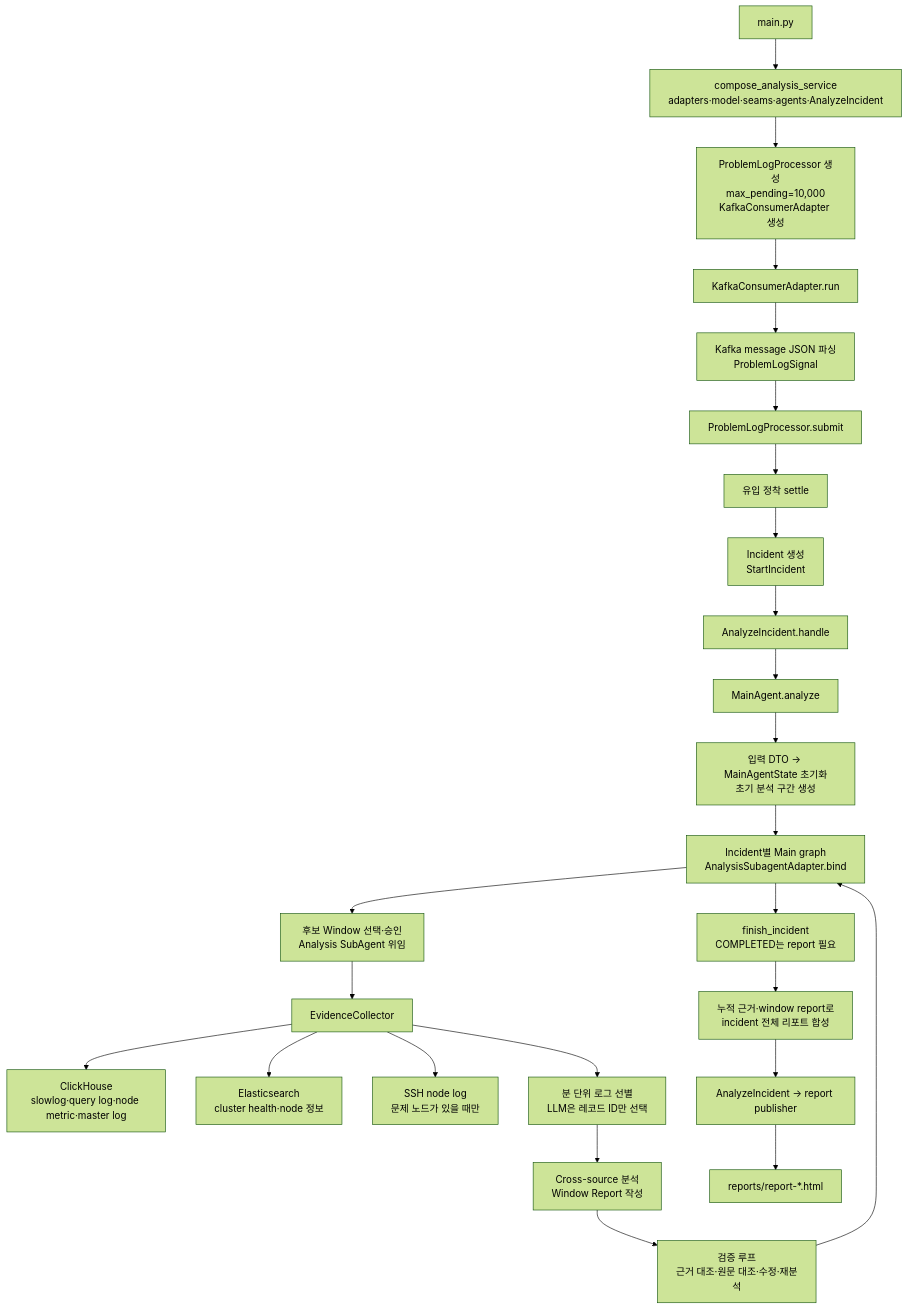
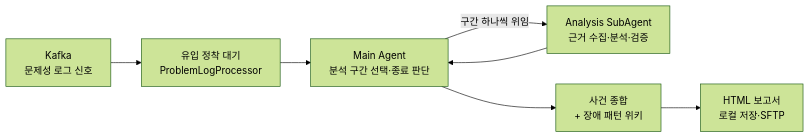
Before and after one commit to BaektotheFuture98/ClusterDoctor: the diagram in README.md, drawn with Mermaid (forest theme). The commit also changed other lines of this file, not shown here.

````diff
--- a/README.md
+++ b/README.md
@@ -374,27 +53,9 @@
 ```mermaid
-flowchart TD
-    A[main.py] --> AC[compose_analysis_service<br/>adapters·model·seams·agents·AnalyzeIncident]
-    AC --> B[ProblemLogProcessor 생성<br/>max_pending=10,000<br/>KafkaConsumerAdapter 생성]
-    B --> C[KafkaConsumerAdapter.run]
-    C --> D[Kafka message JSON 파싱<br/>ProblemLogSignal]
-    D --> E[ProblemLogProcessor.submit]
-    E --> F[유입 정착 settle]
-    F --> G[Incident 생성<br/>StartIncident]
-    G --> H[AnalyzeIncident.handle]
-    H --> J[MainAgent.analyze]
-    J --> I[입력 DTO → MainAgentState 초기화<br/>초기 분석 구간 생성]
-    I --> K[Incident별 Main graph<br/>AnalysisSubagentAdapter.bind]
-    K --> L[후보 Window 선택·승인<br/>Analysis SubAgent 위임]
-    L --> M[EvidenceCollector]
-    M --> N[ClickHouse<br/>slowlog·query log·node metric·master log]
-    M --> O[Elasticsearch<br/>cluster health·node 정보]
-    M --> P[SSH node log<br/>문제 노드가 있을 때만]
-    M --> Q[분 단위 로그 선별<br/>LLM은 레코드 ID만 선택]
-    Q --> R[Cross-source 분석<br/>Window Report 작성]
-    R --> S[검증 루프<br/>근거 대조·원문 대조·수정·재분석]
-    S --> K
-    K --> SF[finish_incident<br/>COMPLETED는 report 필요]
-    SF --> SY[누적 근거·window report로<br/>incident 전체 리포트 합성]
-    SY --> U[AnalyzeIncident → report publisher]
-    U --> V[reports/report-*.html]
+flowchart LR
+    K[Kafka<br/>문제성 로그 신호] --> S[유입 정착 대기<br/>ProblemLogProcessor]
+    S --> M[Main Agent<br/>분석 구간 선택·종료 판단]
+    M -->|구간 하나씩 위임| A[Analysis SubAgent<br/>근거 수집·분석·검증]
+    A --> M
+    M --> Y[사건 종합<br/>+ 장애 패턴 위키]
+    Y --> R[HTML 보고서<br/>로컬 저장·SFTP]
 ```
````
